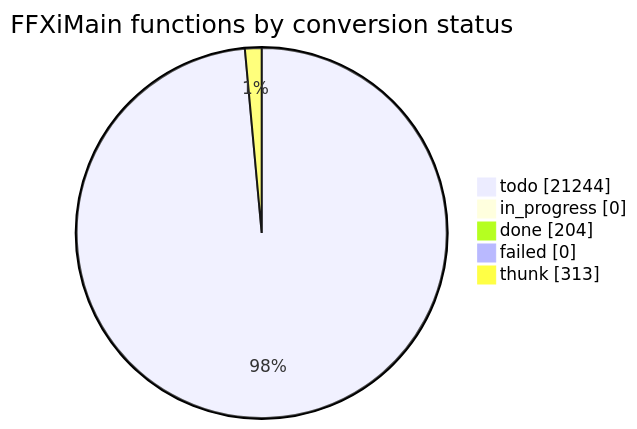
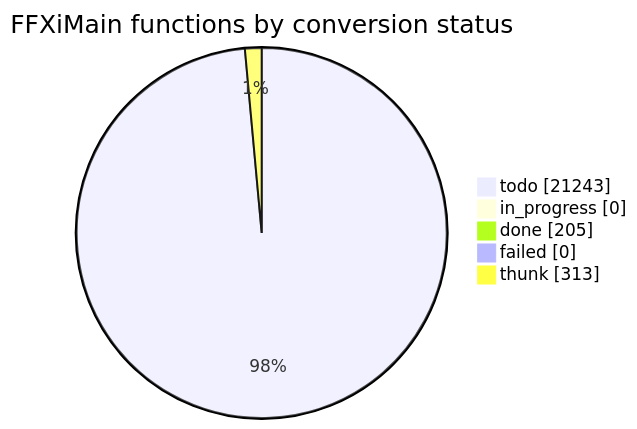
One commit to cowrevenge/cow_kuluu_xi_anything changed the diagram in docs/cow/STATUS.md. Above: the diagram before and after it, drawn with Mermaid. The commit also changed other lines of this file and 9 other files, not shown here.

````diff
--- a/docs/cow/STATUS.md
+++ b/docs/cow/STATUS.md
@@ -18,9 +18,9 @@
 ```mermaid
 pie showData
     title FFXiMain functions by conversion status
-    "todo" : 21244
+    "todo" : 21243
     "in_progress" : 0
-    "done" : 204
+    "done" : 205
     "failed" : 0
     "thunk" : 313
 ```
````
